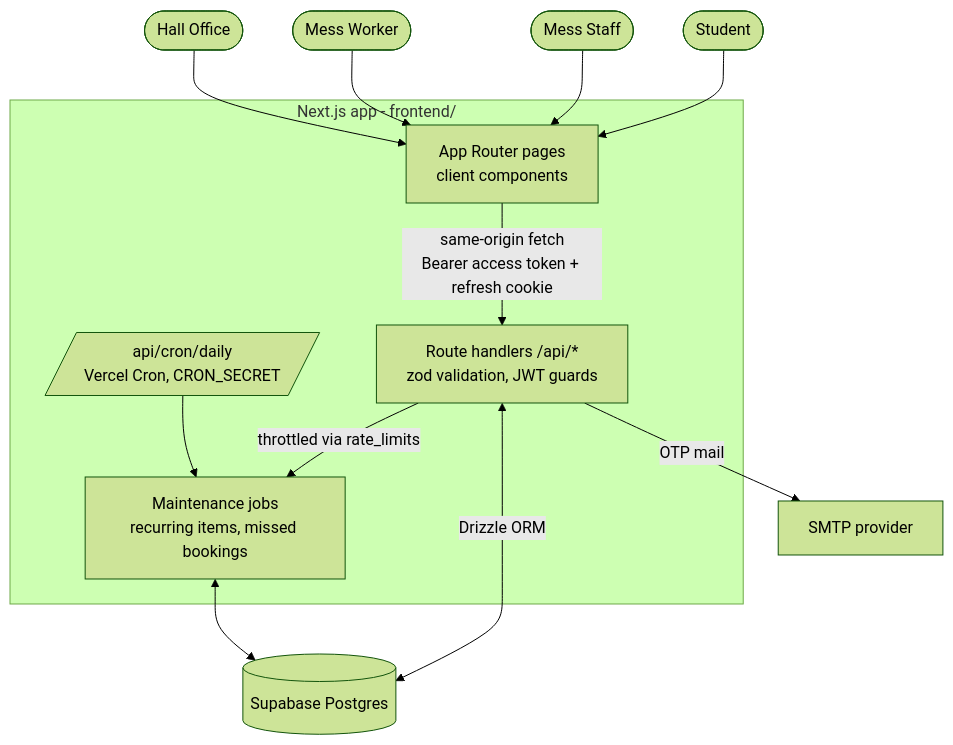
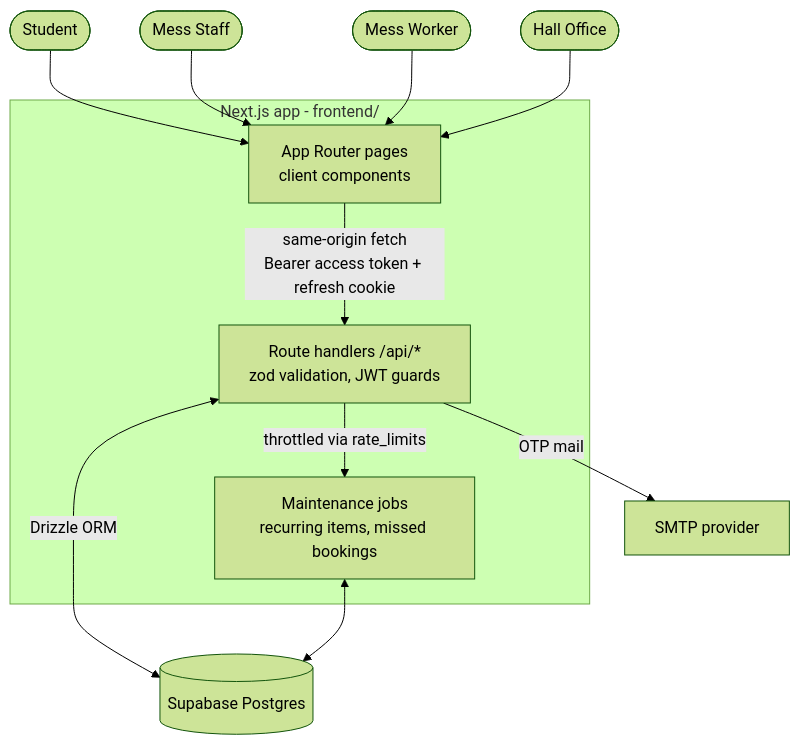
One commit to Hall-12-Maratha/Hall-Management-Portal changed the diagram in README.md. Above: the diagram before and after it, drawn with Mermaid (forest theme). The commit also changed other lines of this file and 80 other files, not shown here.

````diff
--- a/README.md
+++ b/README.md
@@ -24,21 +24,19 @@
 ```mermaid
 flowchart TD
     Student([Student]) --> UI
     MessStaff([Mess Staff]) --> UI
     MessWorker([Mess Worker]) --> UI
     HallOffice([Hall Office]) --> UI
 
     subgraph Vercel [Next.js app - frontend/]
         UI[App Router pages\nclient components]
         API[Route handlers /api/*\nzod validation, JWT guards]
         Jobs[Maintenance jobs\nrecurring items, missed bookings]
-        Cron[/api/cron/daily\nVercel Cron, CRON_SECRET/]
     end
 
     UI --> |same-origin fetch\nBearer access token + refresh cookie| API
     API --> |throttled via rate_limits| Jobs
-    Cron --> Jobs
     API <--> |Drizzle ORM| DB[(Supabase Postgres)]
     Jobs <--> DB
     API --> |OTP mail| SMTP[SMTP provider]
 ```
````
